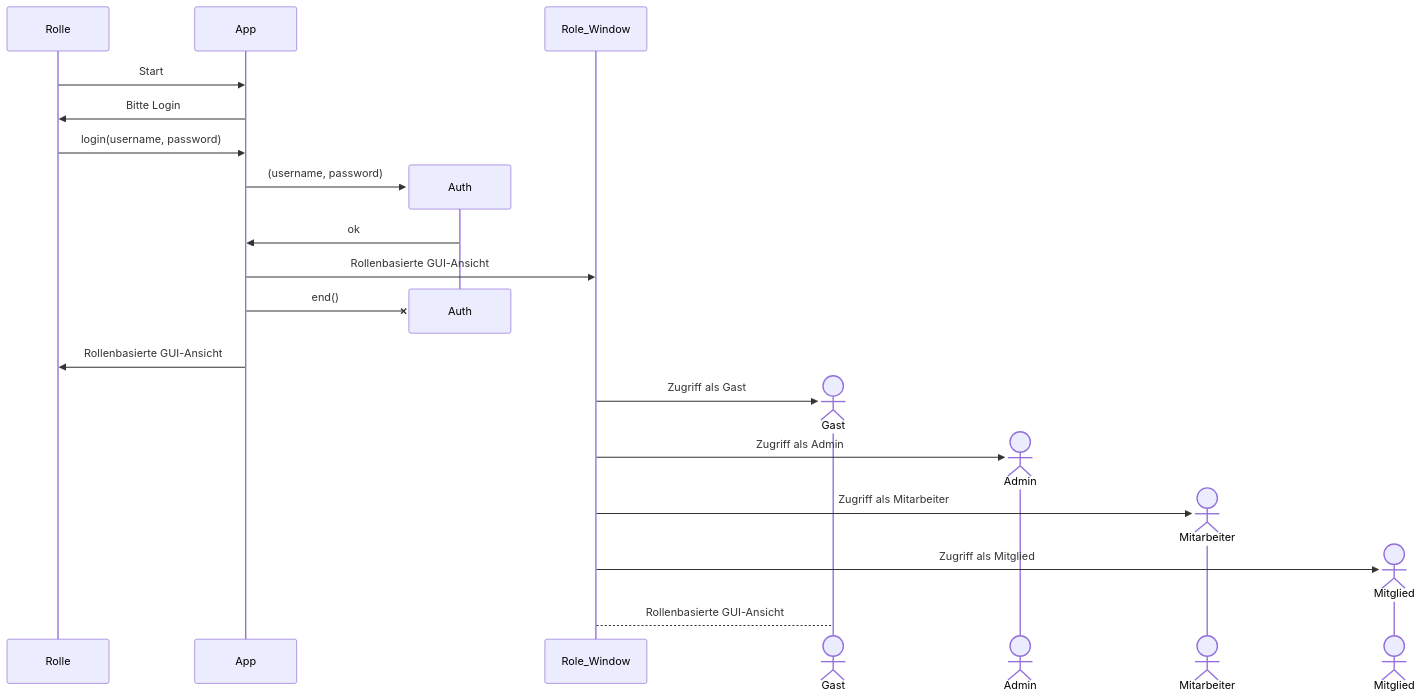
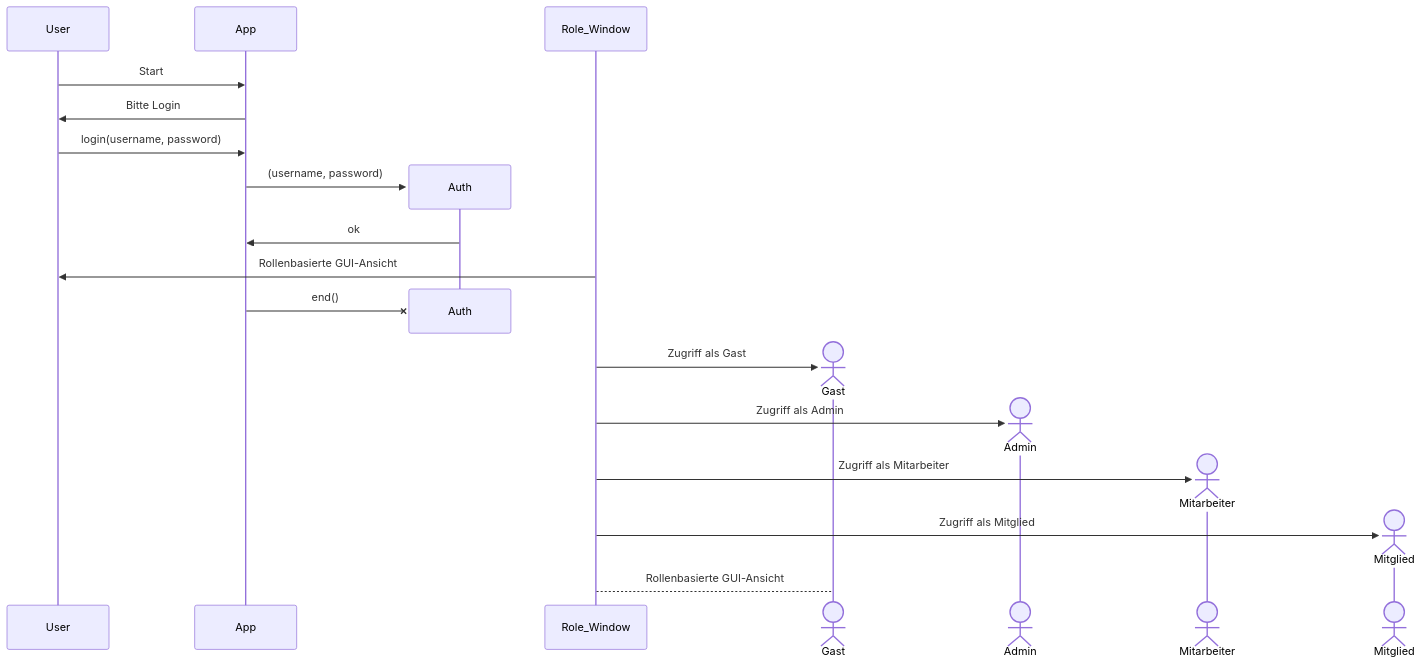
The first of 3 diagrams in src/tech_doc.md (icewomen-hub/customer_calendar), drawn with Mermaid before and after one commit.

Commit message:
Extending technical doq

````diff
--- a/src/tech_doc.md
+++ b/src/tech_doc.md
@@ -2,24 +2,24 @@
 ```mermaid
 sequenceDiagram
-    Rolle->>App: Start # Start der Applikation
-    App->>Rolle: Bitte Login
-    Rolle->>App: login(username, password)
+    User->>App: Start # Start der Applikation
+    App->>User: Bitte Login
+    User->>App: login(username, password)
     create participant Auth
     App->>Auth: (username, password)
     Auth->>App: ok
-    App->>Role_Window: Rollenbasierte GUI-Ansicht
+    Role_Window->>User: Rollenbasierte GUI-Ansicht
     destroy Auth
     App-xAuth: end()
-    App->>Rolle: Rollenbasierte GUI-Ansicht
+    
     create actor G as Gast
     Role_Window->>G: Zugriff als Gast
     create actor A as Admin
     Role_Window->>A: Zugriff als Admin
     create actor S as Mitarbeiter
     Role_Window->>S: Zugriff als Mitarbeiter
     create actor M as Mitglied
     Role_Window->>M: Zugriff als Mitglied
 
     
     Role_Window-->G: Rollenbasierte GUI-Ansicht
 ```
````
